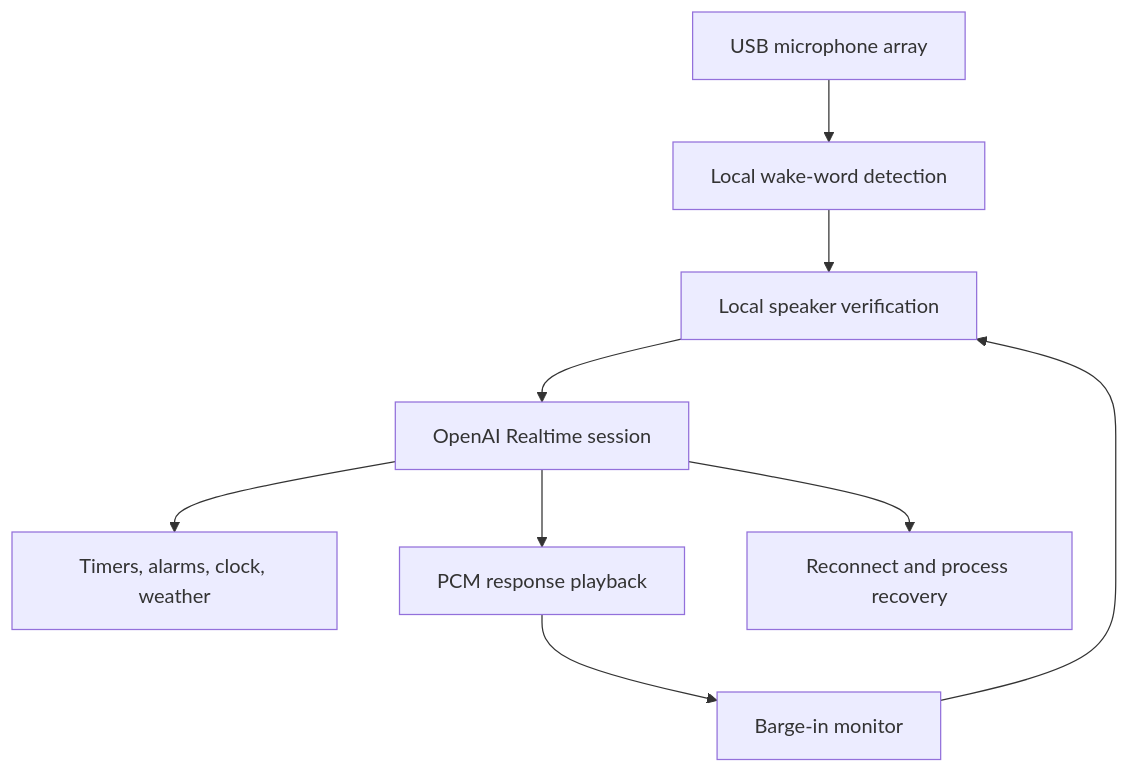
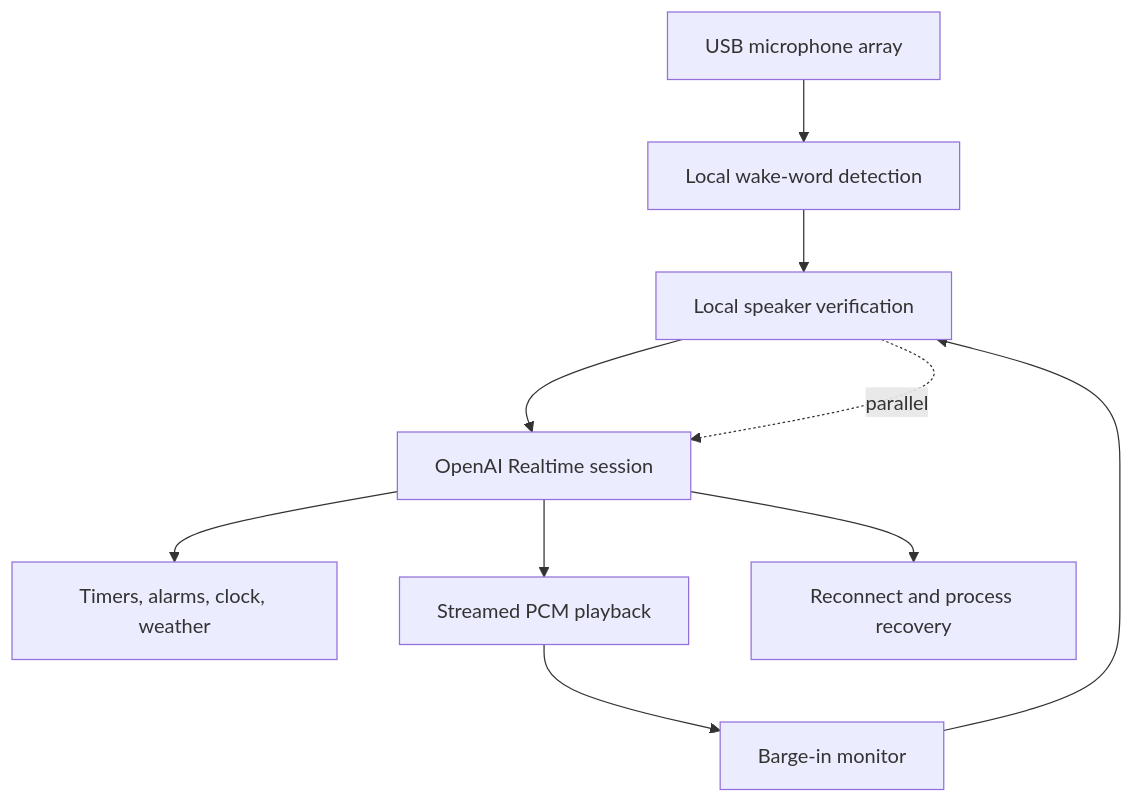
Before and after one commit to RyanYarbery/Nexus-Voice-Assistant: the diagram in README.md, drawn with Mermaid. The commit also changed other lines of this file and 5 other files, not shown here.

````diff
--- a/README.md
+++ b/README.md
@@ -24,11 +24,12 @@
 ```mermaid
 flowchart TD
     MIC[USB microphone array] --> WAKE[Local wake-word detection]
     WAKE --> VERIFY[Local speaker verification]
     VERIFY --> RT[OpenAI Realtime session]
+    VERIFY -. parallel .-> RT
     RT --> TOOLS[Timers, alarms, clock, weather]
-    RT --> AUDIO[PCM response playback]
+    RT --> AUDIO[Streamed PCM playback]
     AUDIO --> BARGE[Barge-in monitor]
     BARGE --> VERIFY
     RT --> RECOVERY[Reconnect and process recovery]
 ```
````
